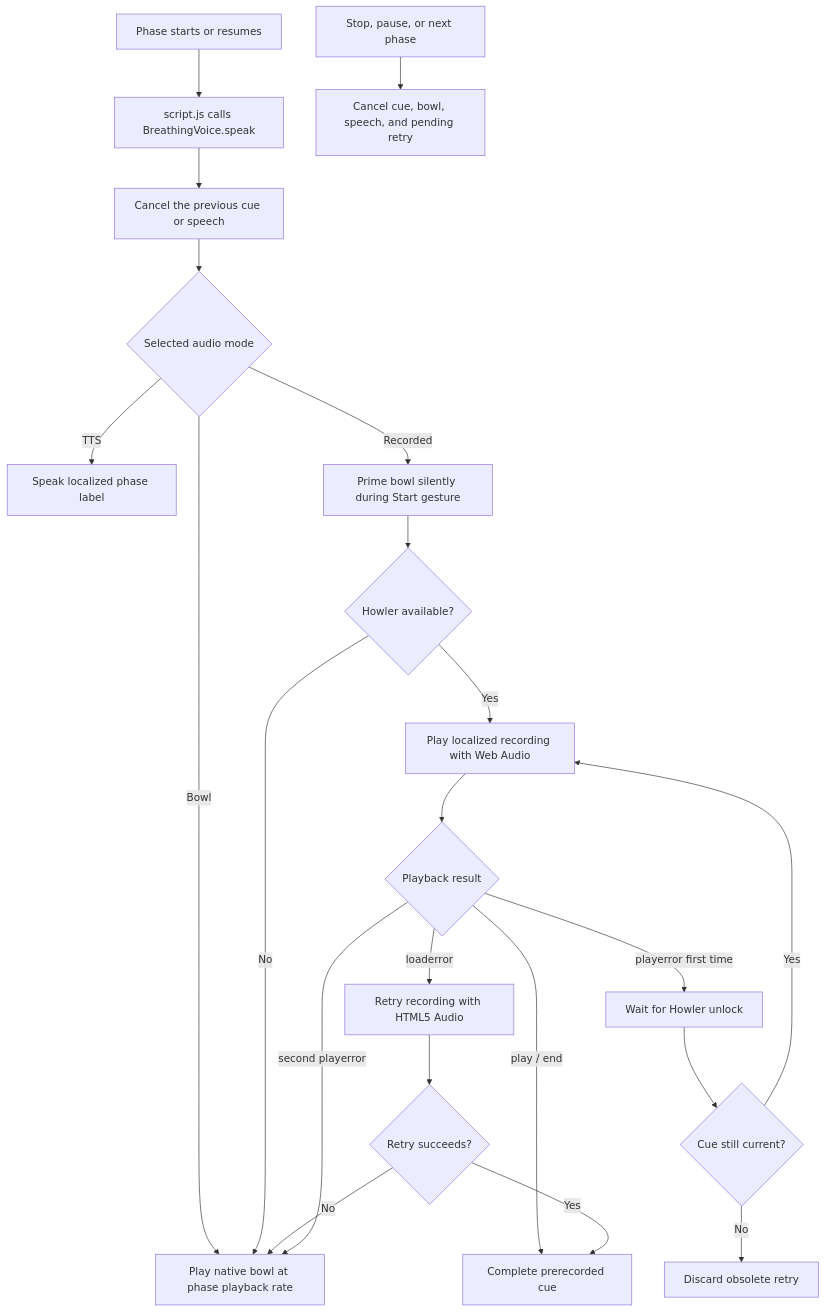
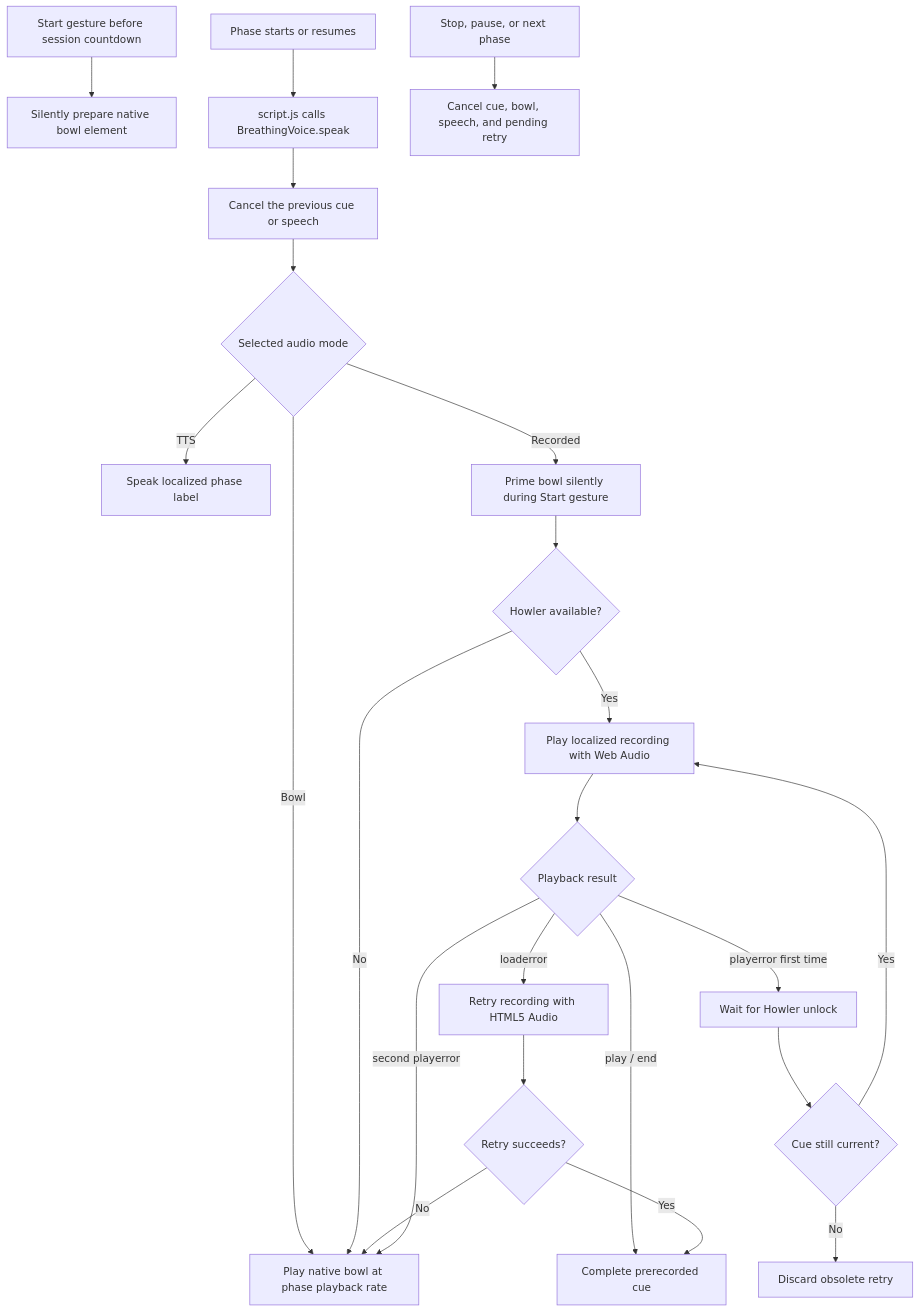
Before and after one commit to rolandjo/Breathing_App: the second of 5 diagrams in docs/README.md, drawn with Mermaid. The commit also changed other lines of this file and 10 other files, not shown here.

First line of the commit message:
feat(app): add pre-session countdown

````diff
--- a/docs/README.md
+++ b/docs/README.md
@@ -105,25 +109,26 @@
 ```mermaid
 flowchart TD
+    S[Start gesture before session countdown] --> T[Silently prepare native bowl element]
     A[Phase starts or resumes] --> B[script.js calls BreathingVoice.speak]
     B --> C[Cancel the previous cue or speech]
     C --> D{Selected audio mode}
     D -->|TTS| E[Speak localized phase label]
     D -->|Bowl| F[Play native bowl at phase playback rate]
     D -->|Recorded| G[Prime bowl silently during Start gesture]
     G --> H{Howler available?}
     H -->|No| F
     H -->|Yes| I[Play localized recording with Web Audio]
     I --> J{Playback result}
     J -->|play / end| K[Complete prerecorded cue]
     J -->|playerror first time| L[Wait for Howler unlock]
     L --> M{Cue still current?}
     M -->|Yes| I
     M -->|No| N[Discard obsolete retry]
     J -->|loaderror| O[Retry recording with HTML5 Audio]
     O --> P{Retry succeeds?}
     P -->|Yes| K
     P -->|No| F
     J -->|second playerror| F
 
     Q[Stop, pause, or next phase] --> R[Cancel cue, bowl, speech, and pending retry]
 ```
````
